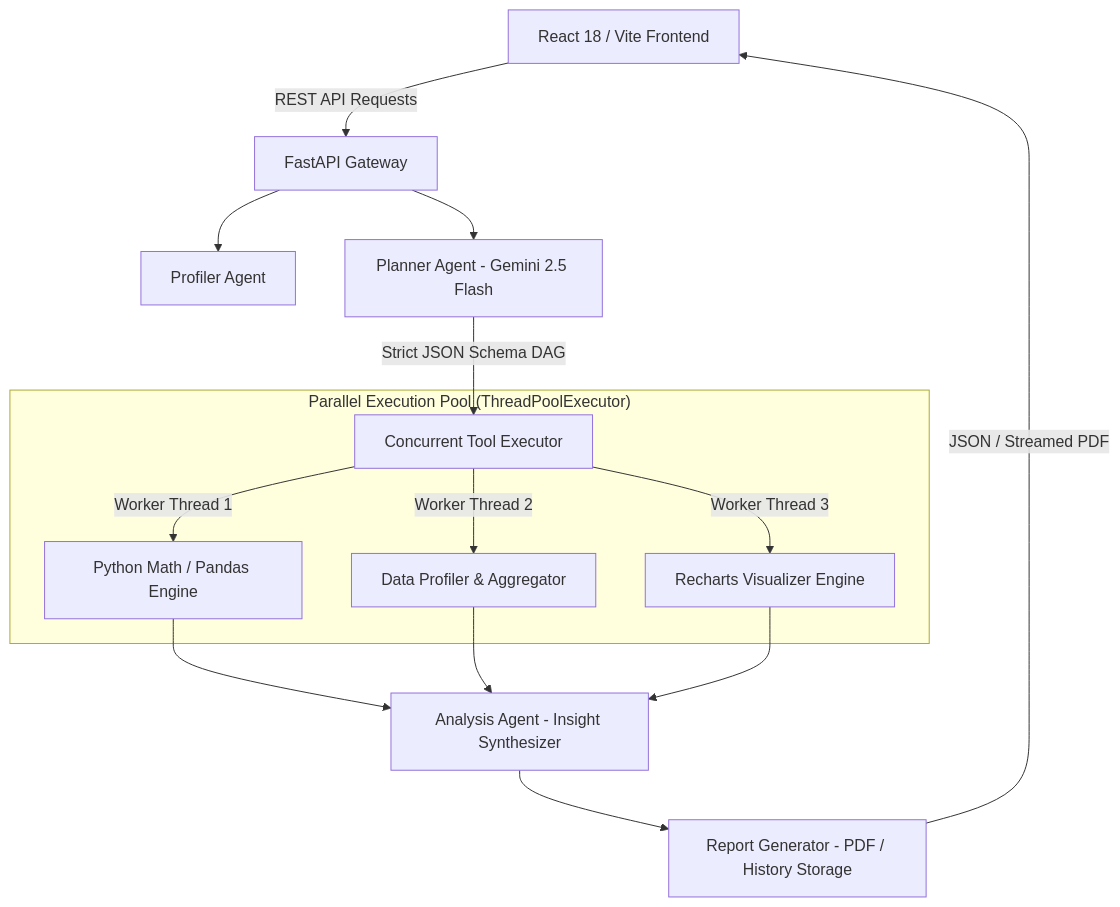
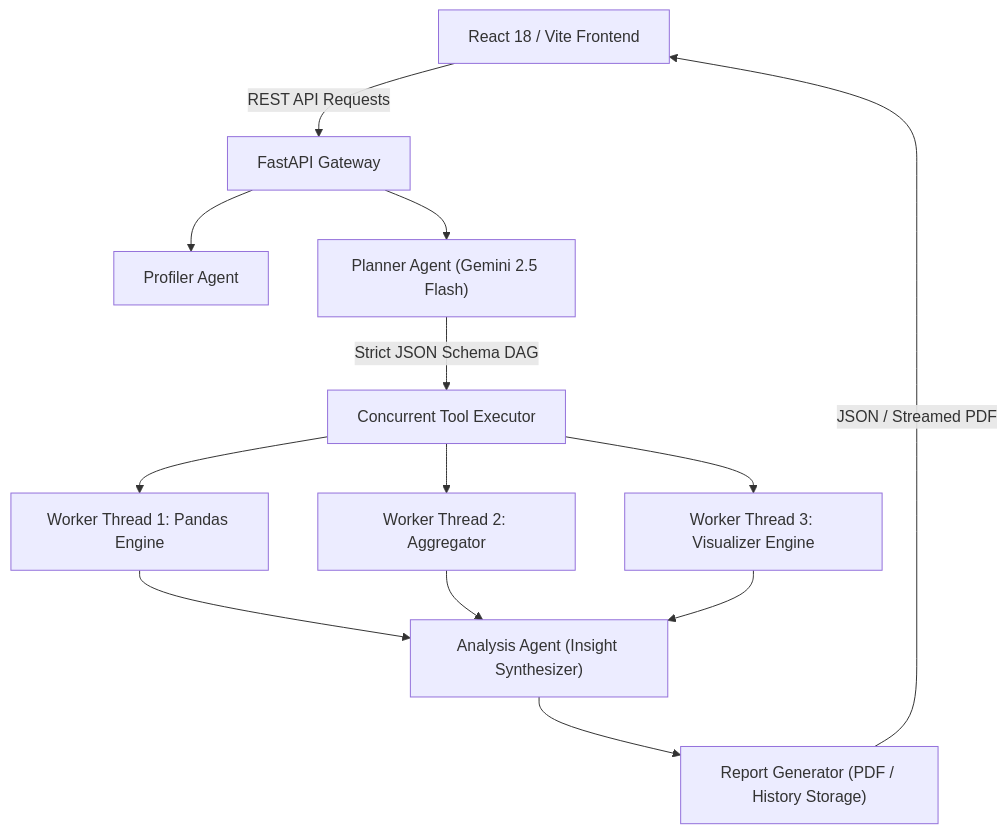
The diagram in README.md (Reya-Doshi/Cortex), drawn with Mermaid before and after one commit. The commit also changed other lines of this file, not shown here.

Commit message:
docs: clean mermaid chart syntax and split setup commands into isolated code blocks

````diff
--- a/README.md
+++ b/README.md
@@ -52,18 +52,18 @@
 ```mermaid
 graph TD
-    A[React 18 / Vite Frontend] -->|REST API Requests| B[FastAPI Gateway]
-    B --> C[Profiler Agent]
-    B --> D[Planner Agent - Gemini 2.5 Flash]
+    A["React 18 / Vite Frontend"] -->|"REST API Requests"| B["FastAPI Gateway"]
+    B --> C["Profiler Agent"]
+    B --> D["Planner Agent (Gemini 2.5 Flash)"]
+    D -->|"Strict JSON Schema DAG"| E["Concurrent Tool Executor"]
     
-    D -->|Strict JSON Schema DAG| E[Concurrent Tool Executor]
+    E --> F1["Worker Thread 1: Pandas Engine"]
+    E --> F2["Worker Thread 2: Aggregator"]
+    E --> F3["Worker Thread 3: Visualizer Engine"]
     
-    subgraph "Parallel Execution Pool (ThreadPoolExecutor)"
-        E -->|Worker Thread 1| F1[Python Math / Pandas Engine]
-        E -->|Worker Thread 2| F2[Data Profiler & Aggregator]
-        E -->|Worker Thread 3| F3[Recharts Visualizer Engine]
-    end
+    F1 --> G["Analysis Agent (Insight Synthesizer)"]
+    F2 --> G
+    F3 --> G
     
-    F1 & F2 & F3 --> G[Analysis Agent - Insight Synthesizer]
-    G --> H[Report Generator - PDF / History Storage]
-    H -->|JSON / Streamed PDF| A
+    G --> H["Report Generator (PDF / History Storage)"]
+    H -->|"JSON / Streamed PDF"| A
 ```
````
